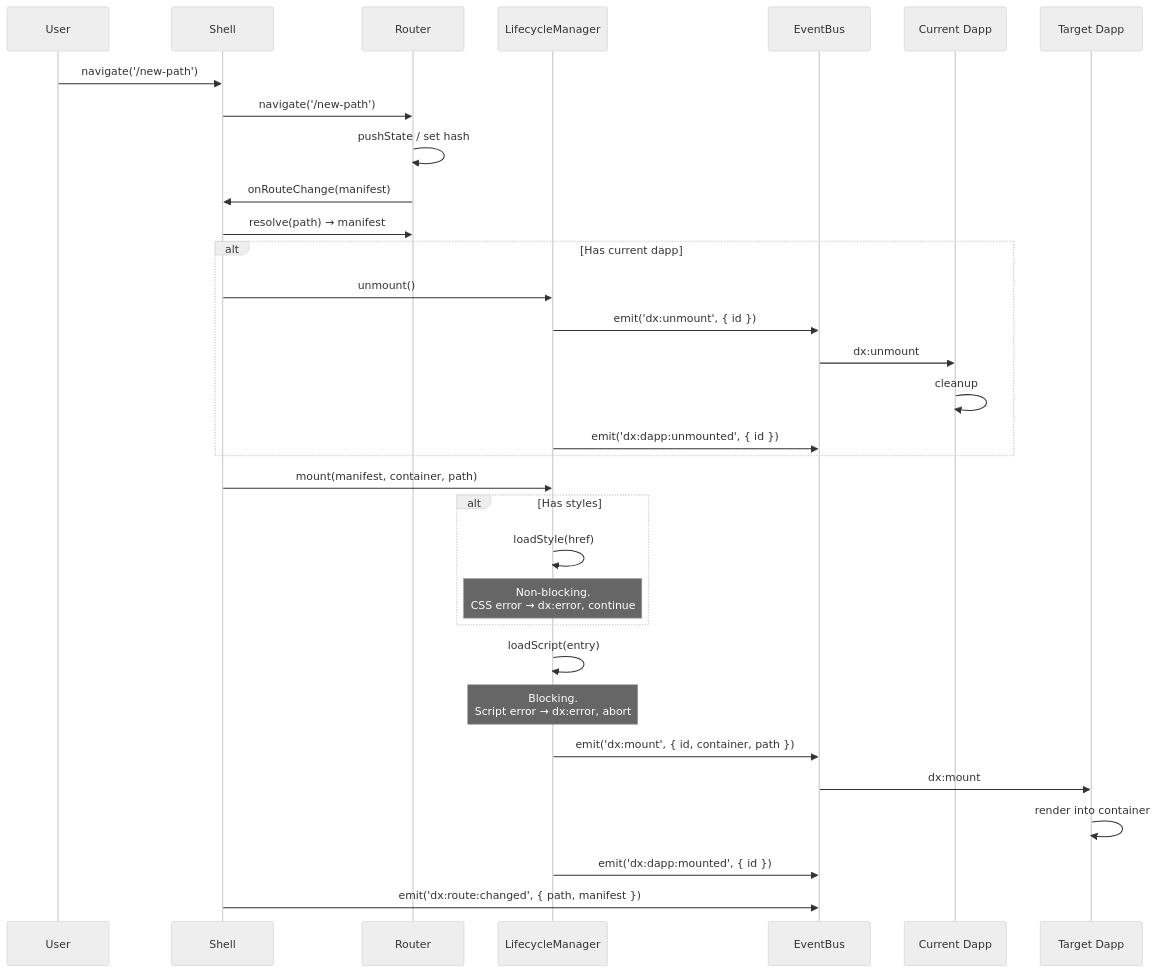
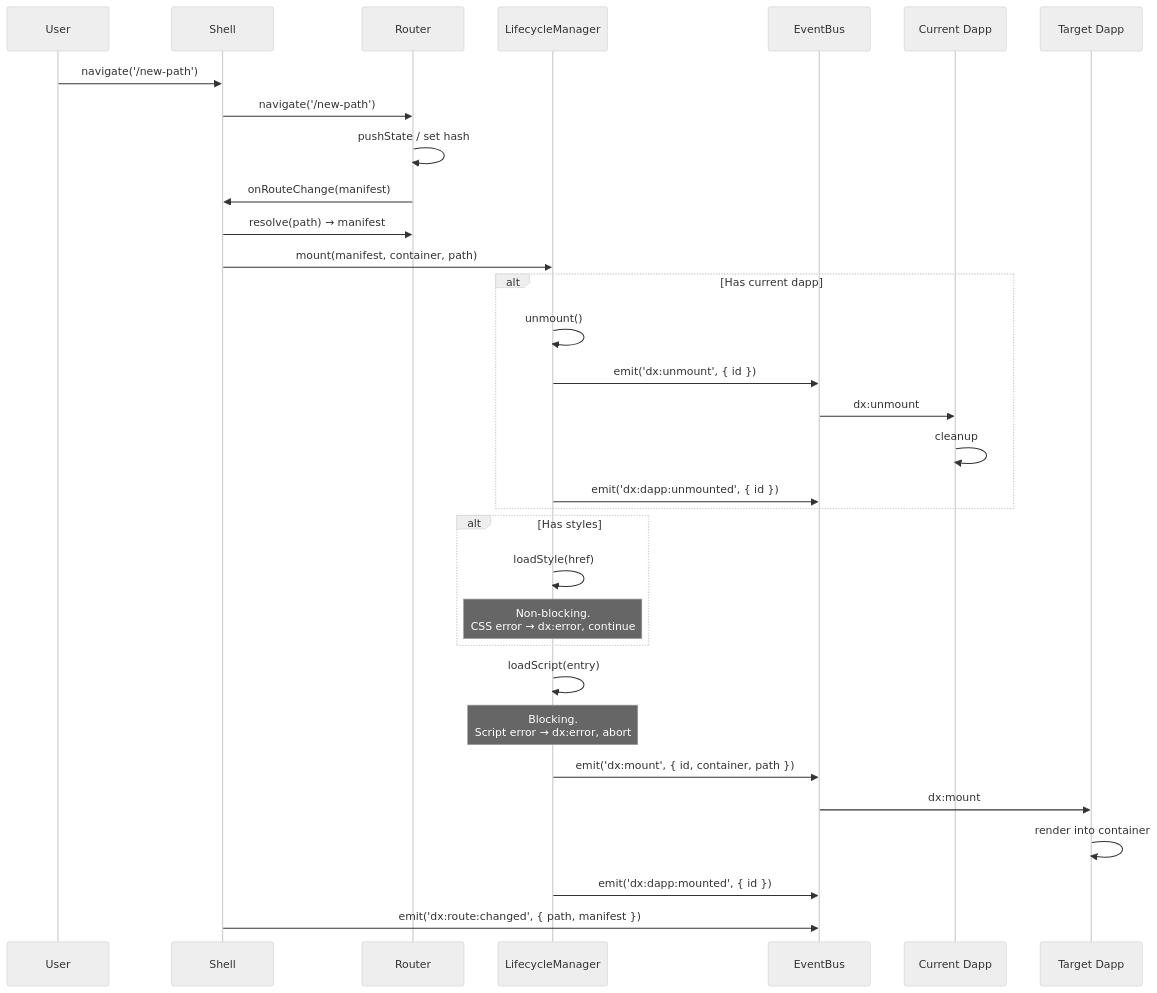
One commit to dxnzn/dxkit changed the third of 3 diagrams in docs/system-internals.md. Above: the diagram before and after it, drawn with Mermaid (neutral theme). The commit also changed other lines of this file and 56 other files, not shown here.

````diff
--- a/docs/system-internals.md
+++ b/docs/system-internals.md
@@ -77,41 +80,41 @@
 ```mermaid
 sequenceDiagram
     participant User
     participant Shell
     participant Router
     participant LC as LifecycleManager
     participant Bus as EventBus
     participant OldDapp as Current Dapp
     participant NewDapp as Target Dapp
 
     User->>Shell: navigate('/new-path')
     Shell->>Router: navigate('/new-path')
     Router->>Router: pushState / set hash
     Router->>Shell: onRouteChange(manifest)
     Shell->>Router: resolve(path) → manifest
 
+    Shell->>LC: mount(manifest, container, path)
+
     alt Has current dapp
-        Shell->>LC: unmount()
+        LC->>LC: unmount()
         LC->>Bus: emit('dx:unmount', { id })
         Bus->>OldDapp: dx:unmount
         OldDapp->>OldDapp: cleanup
         LC->>Bus: emit('dx:dapp:unmounted', { id })
     end
-
-    Shell->>LC: mount(manifest, container, path)
 
     alt Has styles
         LC->>LC: loadStyle(href)
         Note over LC: Non-blocking.<br/>CSS error → dx:error, continue
     end
 
     LC->>LC: loadScript(entry)
     Note over LC: Blocking.<br/>Script error → dx:error, abort
 
     LC->>Bus: emit('dx:mount', { id, container, path })
     Bus->>NewDapp: dx:mount
     NewDapp->>NewDapp: render into container
     LC->>Bus: emit('dx:dapp:mounted', { id })
 
     Shell->>Bus: emit('dx:route:changed', { path, manifest })
 ```
````
